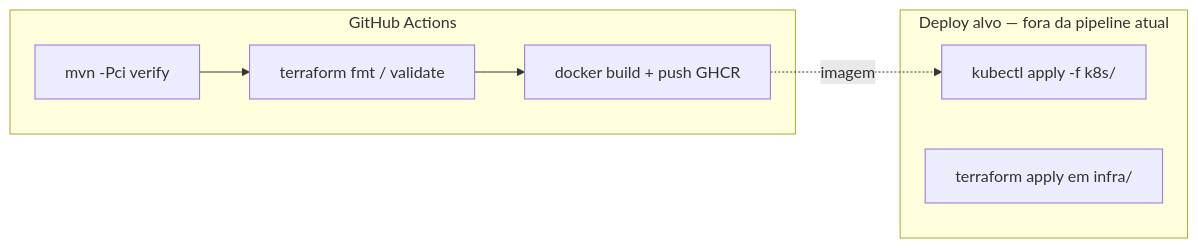
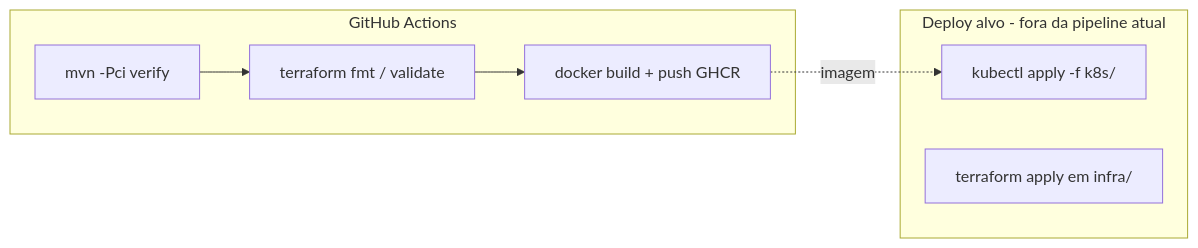
The second of 2 diagrams in README.md (ricartefelipe/oficina-springboot-mvp), drawn with Mermaid before and after one commit. The commit also changed other lines of this file and 14 other files, not shown here.

````diff
--- a/README.md
+++ b/README.md
@@ -90,14 +90,14 @@
 ```mermaid
 flowchart LR
   subgraph GA["GitHub Actions"]
     B[mvn -Pci verify]
     T[terraform fmt / validate]
     I[docker build + push GHCR]
   end
   B --> T --> I
-  subgraph Manual["Deploy alvo — fora da pipeline atual"]
+  subgraph Manual["Deploy alvo - fora da pipeline atual"]
     K[kubectl apply -f k8s/]
     TF[terraform apply em infra/]
   end
   I -.->|imagem| K
 ```
````
